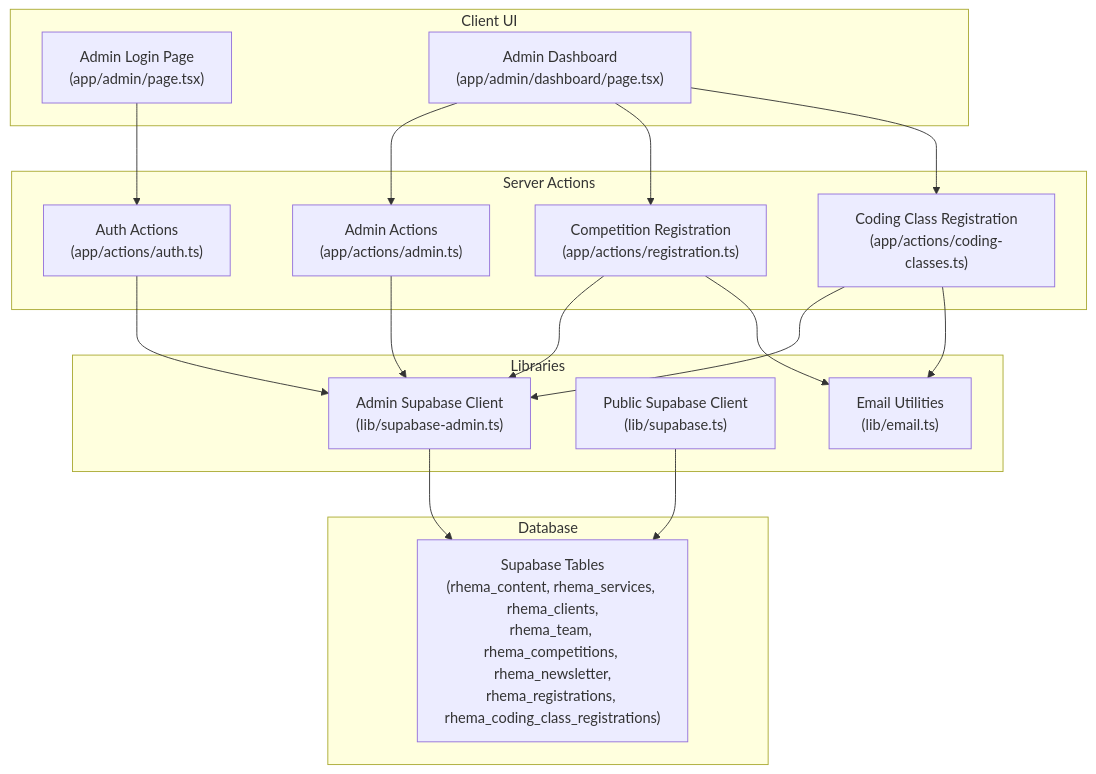
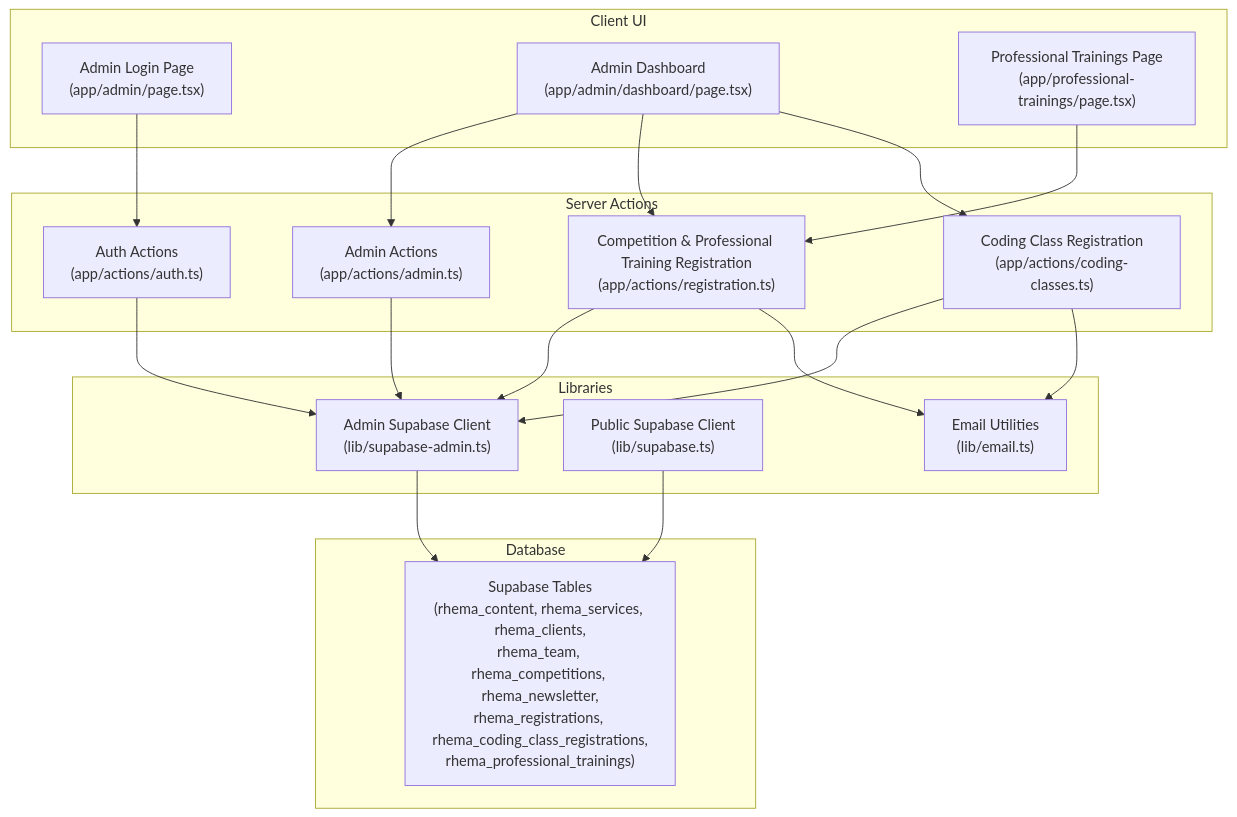
One commit to Black-box01/rhemaexpertsolutions changed the first of 10 diagrams in .qoder/repowiki/en/content/Server Actions and Data Management/Server Actions and Data Management.md. Above: the diagram before and after it, drawn with Mermaid. The commit also changed other lines of this file and 22 other files, not shown here.

First line of the commit message:
feat(professional-trainings): add professional training registration system

````diff
--- a/.qoder/repowiki/en/content/Server Actions and Data Management/Server Actions and Data Management.md
+++ b/.qoder/repowiki/en/content/Server Actions and Data Management/Server Actions and Data Management.md
@@ -36,33 +46,35 @@
 ```mermaid
 graph TB
 subgraph "Client UI"
 A_AdminLogin["Admin Login Page<br/>(app/admin/page.tsx)"]
 A_Dashboard["Admin Dashboard<br/>(app/admin/dashboard/page.tsx)"]
+A_ProfTrainings["Professional Trainings Page<br/>(app/professional-trainings/page.tsx)"]
 end
 subgraph "Server Actions"
 S_Auth["Auth Actions<br/>(app/actions/auth.ts)"]
-S_Registration["Competition Registration<br/>(app/actions/registration.ts)"]
+S_Registration["Competition & Professional Training Registration<br/>(app/actions/registration.ts)"]
 S_CodingClasses["Coding Class Registration<br/>(app/actions/coding-classes.ts)"]
 S_Admin["Admin Actions<br/>(app/actions/admin.ts)"]
 end
 subgraph "Libraries"
 L_Email["Email Utilities<br/>(lib/email.ts)"]
 L_SupaPublic["Public Supabase Client<br/>(lib/supabase.ts)"]
 L_SupaAdmin["Admin Supabase Client<br/>(lib/supabase-admin.ts)"]
 end
 subgraph "Database"
-D_Schema["Supabase Tables<br/>(rhema_content, rhema_services, rhema_clients,<br/>rhema_team, rhema_competitions, rhema_newsletter,<br/>rhema_registrations, rhema_coding_class_registrations)"]
+D_Schema["Supabase Tables<br/>(rhema_content, rhema_services, rhema_clients,<br/>rhema_team, rhema_competitions, rhema_newsletter,<br/>rhema_registrations, rhema_coding_class_registrations,<br/>rhema_professional_trainings)"]
 end
 A_AdminLogin --> S_Auth
 A_Dashboard --> S_Admin
 A_Dashboard --> S_Registration
 A_Dashboard --> S_CodingClasses
+A_ProfTrainings --> S_Registration
 S_Auth --> L_SupaAdmin
 S_Registration --> L_SupaAdmin
 S_CodingClasses --> L_SupaAdmin
 S_Admin --> L_SupaAdmin
 S_Registration --> L_Email
 S_CodingClasses --> L_Email
 L_SupaAdmin --> D_Schema
 L_SupaPublic --> D_Schema
 ```
````
